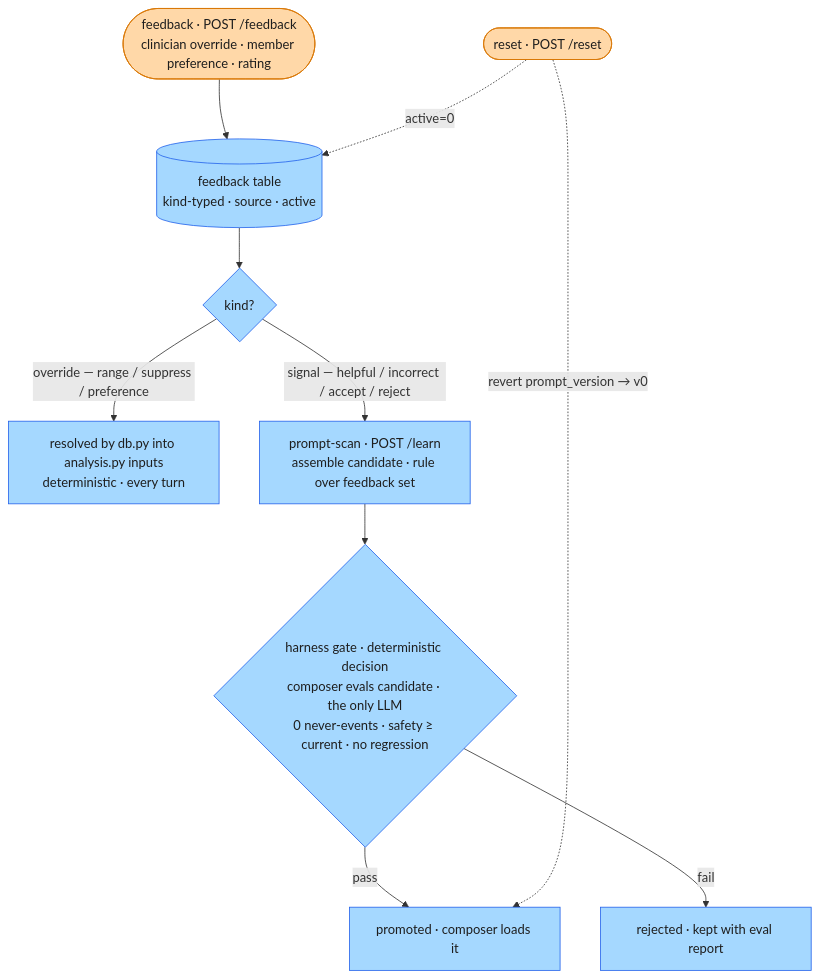
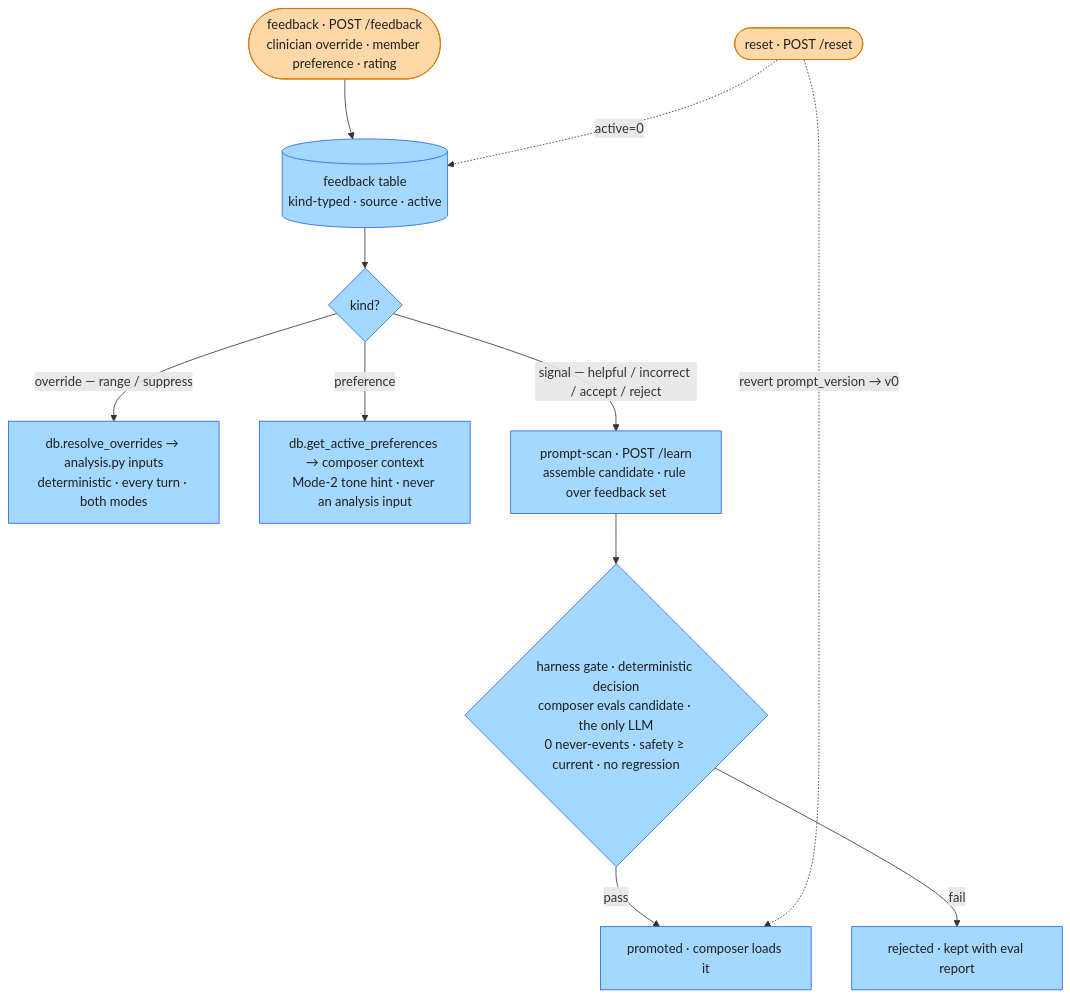
Before and after one commit to franalli/health-agent-lab: diagram 11 of 11 in docs/architecture.md, drawn with Mermaid. The commit also changed other lines of this file and 35 other files, not shown here.

````diff
--- a/docs/architecture.md
+++ b/docs/architecture.md
@@ -690,16 +690,17 @@
 ```mermaid
 flowchart TB
   FB([feedback · POST /feedback<br/>clinician override · member preference · rating]):::io --> STORE[(feedback table<br/>kind-typed · source · active)]:::det
   STORE --> SPLIT{kind?}:::det
-  SPLIT -->|"override — range / suppress / preference"| CORE[resolved by db.py into analysis.py inputs<br/>deterministic · every turn]:::det
+  SPLIT -->|"override — range / suppress"| CORE[db.resolve_overrides → analysis.py inputs<br/>deterministic · every turn · both modes]:::det
+  SPLIT -->|"preference"| HINT[db.get_active_preferences → composer context<br/>Mode-2 tone hint · never an analysis input]:::det
   SPLIT -->|"signal — helpful / incorrect / accept / reject"| SCAN[prompt-scan · POST /learn<br/>assemble candidate · rule over feedback set]:::det
   SCAN --> GATE{harness gate · deterministic decision<br/>composer evals candidate · the only LLM<br/>0 never-events · safety ≥ current · no regression}:::det
   GATE -->|pass| PROMO[promoted · composer loads it]:::det
   GATE -->|fail| REJ[rejected · kept with eval report]:::det
   RESET([reset · POST /reset]):::io -.->|"active=0"| STORE
   RESET -.->|"revert prompt_version → v0"| PROMO
 
   classDef det fill:#a5d8ff,stroke:#2563eb,color:#1e1e1e
   classDef gen fill:#d0bfff,stroke:#7c3aed,color:#1e1e1e
   classDef io fill:#ffd8a8,stroke:#d97706,color:#1e1e1e
 ```
````
